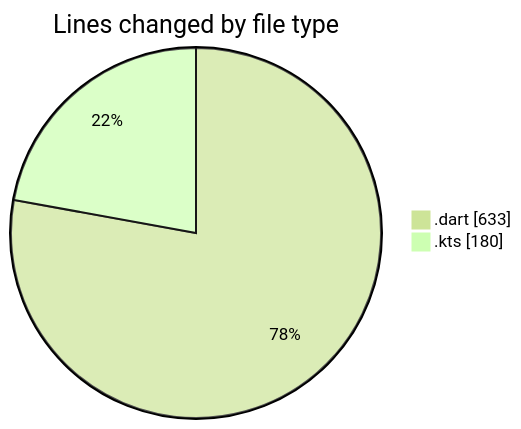
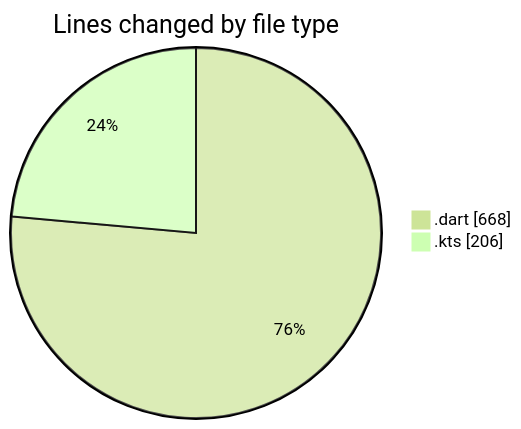
The first of 2 diagrams in 2025-02-24/drivers_app/README.md (donsfak/code-tracking), drawn with Mermaid (forest theme) before and after one commit. The commit also changed other lines of this file and 1 other file, not shown here.

````diff
--- a/2025-02-24/drivers_app/README.md
+++ b/2025-02-24/drivers_app/README.md
@@ -23,6 +25,6 @@
 ```mermaid
 pie showData
 title Lines changed by file type
-".dart" : 633
-".kts" : 180
+".dart" : 668
+".kts" : 206
 ```
````
